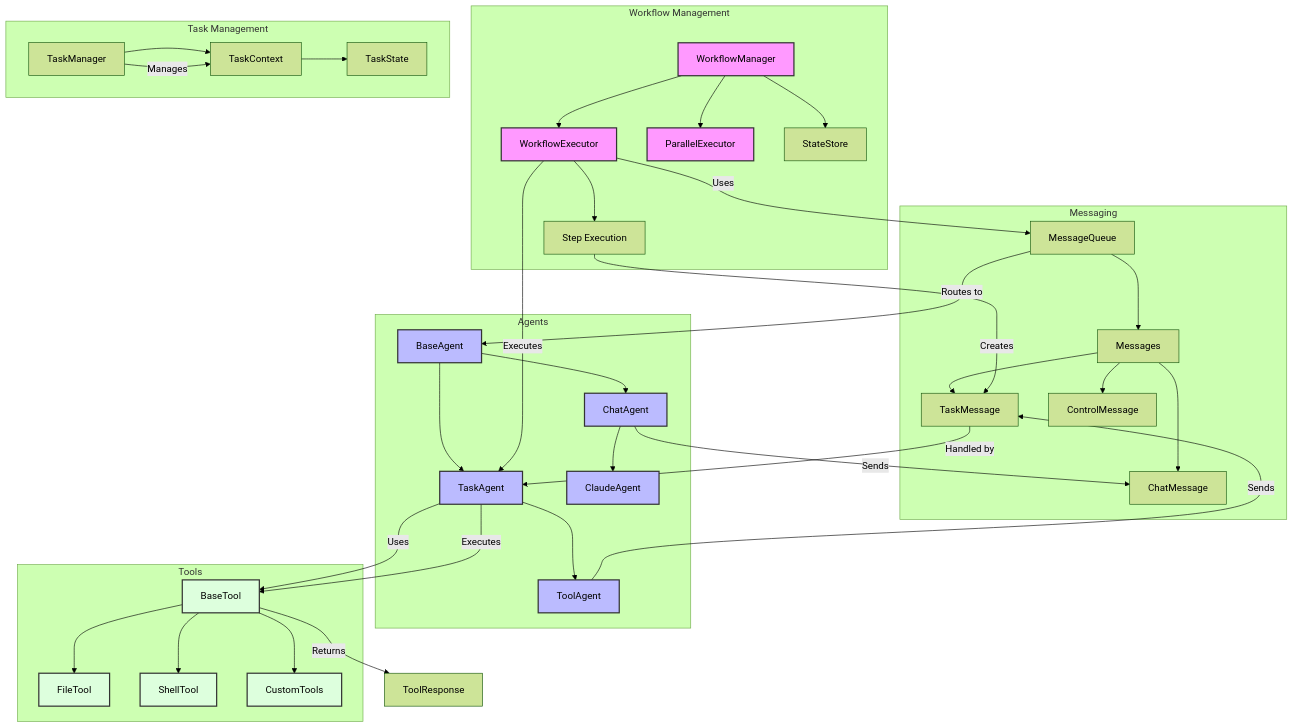
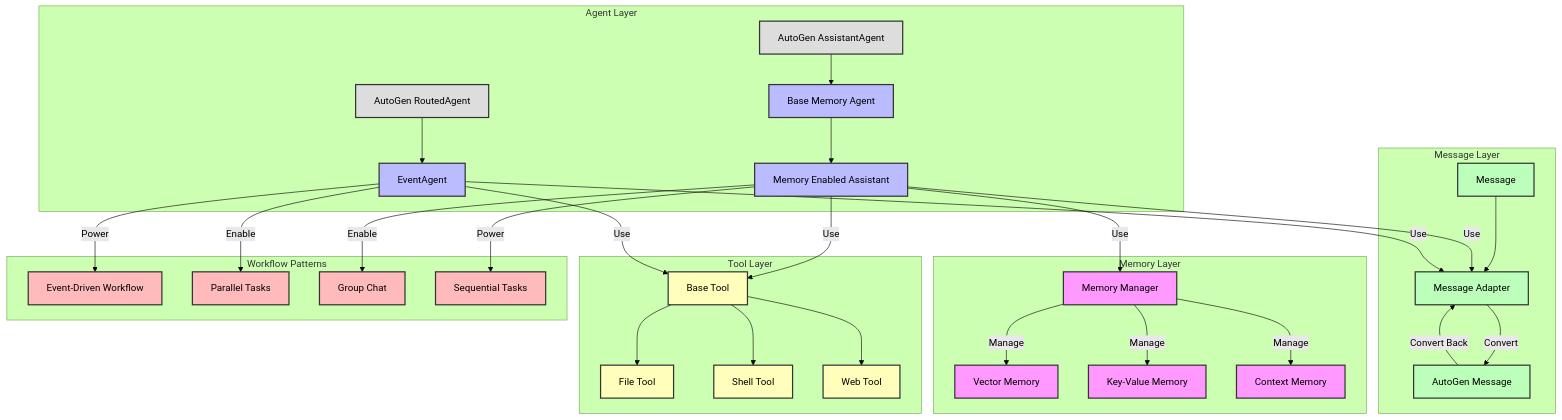
One commit to jtanningbed/autogen-mem0 changed the diagram in docs/architecture/agent_workflow.mmd. Above: the diagram before and after it, drawn with Mermaid (forest theme). The commit also changed 142 other files, not shown here.

```diff
--- a/docs/architecture/agent_workflow.mmd
+++ b/docs/architecture/agent_workflow.mmd
@@ -1,55 +1,51 @@
-graph TB
-    subgraph Workflow Management
-        WM[WorkflowManager] --> WE[WorkflowExecutor]
-        WM --> PE[ParallelExecutor]
-        WM --> SS[StateStore]
-        WE --> Steps[Step Execution]
+graph TD
+    subgraph "Message Layer"
+        M[Message] --> MA[Message Adapter]
+        MA --> |Convert| AM[AutoGen Message]
+        AM --> |Convert Back| MA
     end
 
-    subgraph Agents
-        BA[BaseAgent] --> CA[ChatAgent]
-        BA --> TA[TaskAgent]
-        CA --> Claude[ClaudeAgent]
-        TA --> ToolA[ToolAgent]
+    subgraph "Agent Layer"
+        RA[AutoGen RoutedAgent] --> EA[EventAgent]
+        AA[AutoGen AssistantAgent] --> BMA[Base Memory Agent]
+        BMA --> MEA[Memory Enabled Assistant]
     end
 
-    subgraph Tools
-        BT[BaseTool] --> FT[FileTool]
-        BT --> ST[ShellTool]
-        BT --> CT[CustomTools]
+    subgraph "Memory Layer"
+        MM[Memory Manager] --> |Manage| VM[Vector Memory]
+        MM --> |Manage| KV[Key-Value Memory]
+        MM --> |Manage| CM[Context Memory]
     end
 
-    subgraph Messaging
-        MQ[MessageQueue] --> MSG[Messages]
-        MSG --> ChatMsg[ChatMessage]
-        MSG --> TaskMsg[TaskMessage]
-        MSG --> CtrlMsg[ControlMessage]
+    subgraph "Tool Layer"
+        BT[Base Tool] --> FT[File Tool]
+        BT --> ST[Shell Tool]
+        BT --> WT[Web Tool]
     end
 
-    subgraph Task Management
-        TM[TaskManager] --> TC[TaskContext]
-        TC --> TS[TaskState]
+    subgraph "Workflow Patterns"
+        EA --> |Power| EW[Event-Driven Workflow]
+        EA --> |Enable| PW[Parallel Tasks]
+        MEA --> |Enable| GC[Group Chat]
+        MEA --> |Power| SW[Sequential Tasks]
     end
 
-    %% Connections between components
-    WE --> |Uses| MQ
-    WE --> |Executes| TA
-    TA --> |Uses| BT
-    CA --> |Sends| ChatMsg
-    ToolA --> |Sends| TaskMsg
-    TM --> |Manages| TC
-    MQ --> |Routes to| BA
+    MEA --> |Use| MM
+    MEA --> |Use| MA
+    MEA --> |Use| BT
+    EA --> |Use| MA
+    EA --> |Use| BT
 
-    %% Data flow
-    Steps --> |Creates| TaskMsg
-    TaskMsg --> |Handled by| TA
-    TA --> |Executes| BT
-    BT --> |Returns| ToolResponse
+    classDef memory fill:#f9f,stroke:#333,stroke-width:2px
+    classDef agent fill:#bbf,stroke:#333,stroke-width:2px
+    classDef message fill:#bfb,stroke:#333,stroke-width:2px
+    classDef tool fill:#ffb,stroke:#333,stroke-width:2px
+    classDef workflow fill:#fbb,stroke:#333,stroke-width:2px
+    classDef autogen fill:#ddd,stroke:#333,stroke-width:2px
 
-    classDef primary fill:#f9f,stroke:#333,stroke-width:2px
-    classDef secondary fill:#bbf,stroke:#333,stroke-width:2px
-    classDef tertiary fill:#dfd,stroke:#333,stroke-width:2px
-
-    class WM,WE,PE primary
-    class BA,CA,TA,Claude,ToolA secondary
-    class BT,FT,ST,CT tertiary
+    class MM,VM,KV,CM memory
+    class EA,BMA,MEA agent
+    class M,MA,AM message
+    class BT,FT,ST,WT tool
+    class EW,PW,GC,SW workflow
+    class RA,AA autogen
```
